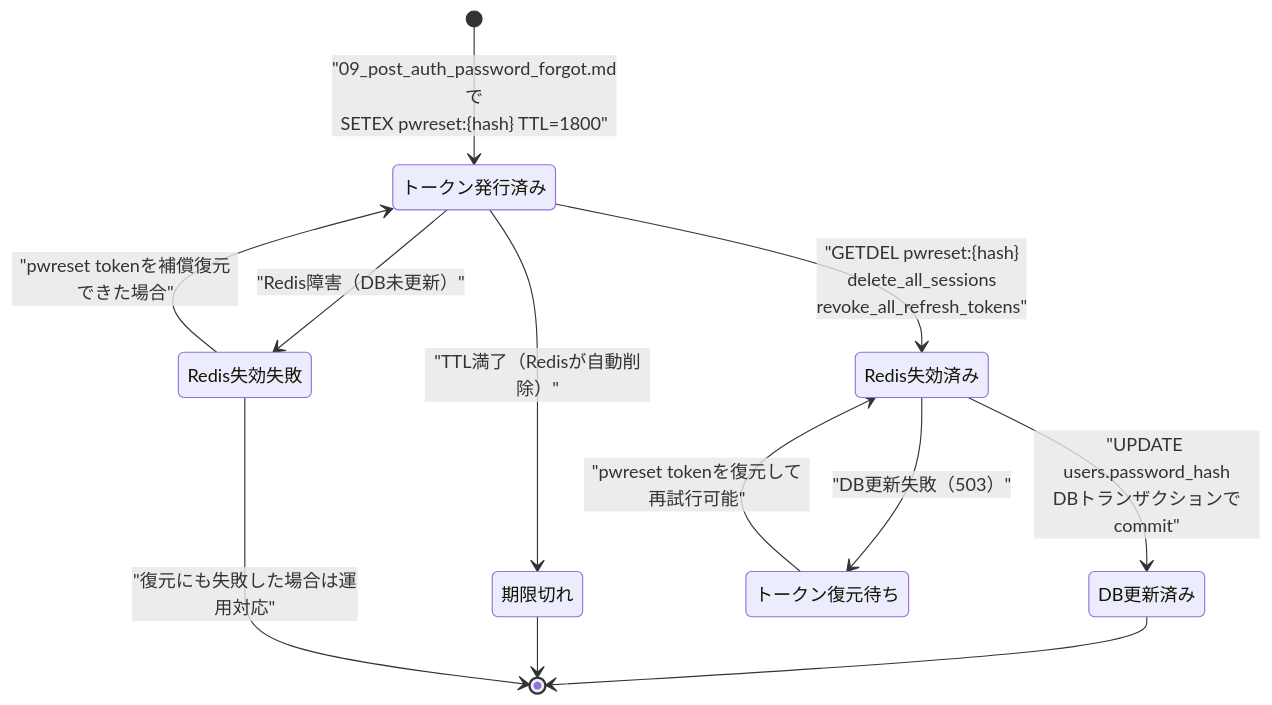
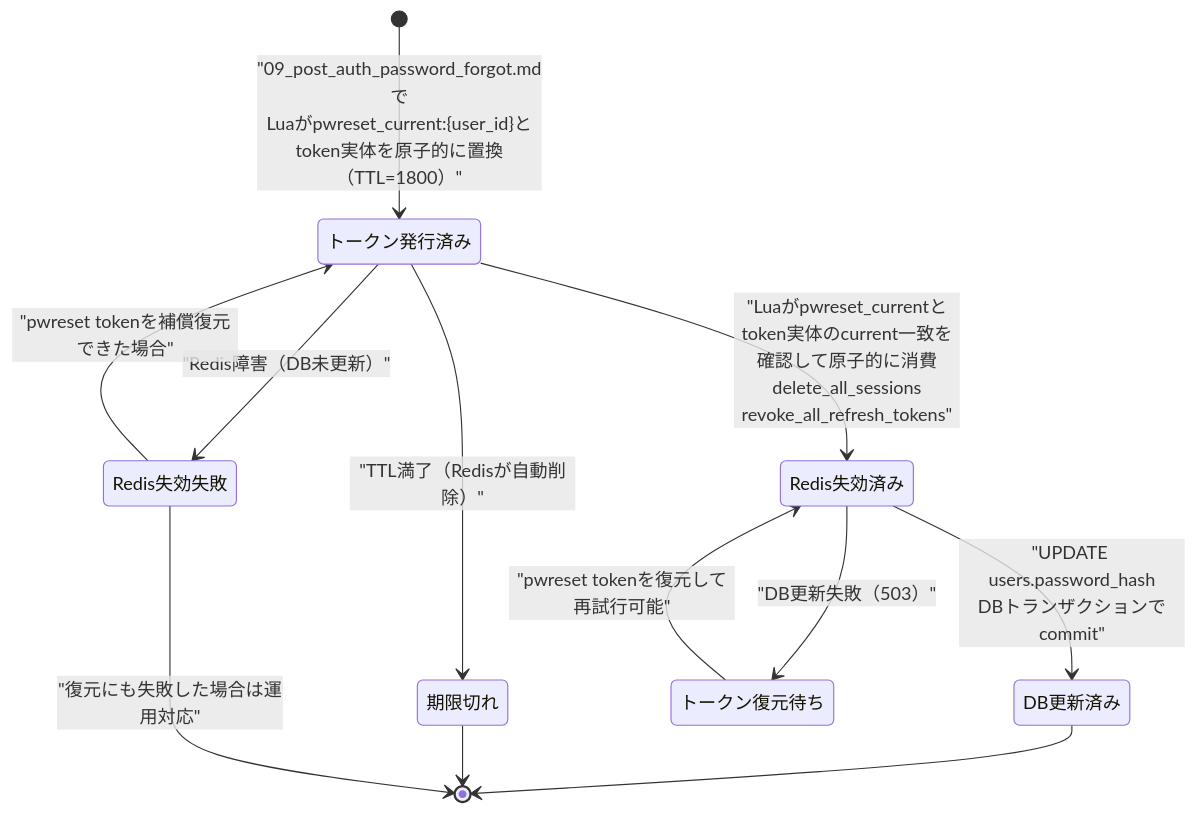
Before and after one commit to oikawa-d/task_management: the fourth of 4 diagrams in docs/detailed_design/api/auth/10_post_auth_password_reset.md, drawn with Mermaid. The commit also changed 2 other files, not shown here.

Commit message:
docs: PR517ラウンド6の設計記載を整合

````diff
--- a/docs/detailed_design/api/auth/10_post_auth_password_reset.md
+++ b/docs/detailed_design/api/auth/10_post_auth_password_reset.md
@@ -256,14 +256,14 @@
 ```mermaid
 stateDiagram-v2
-    [*] --> トークン発行済み: "09_post_auth_password_forgot.mdで<br/>SETEX pwreset:{hash} TTL=1800"
-    トークン発行済み --> Redis失効済み: "GETDEL pwreset:{hash}<br/>delete_all_sessions<br/>revoke_all_refresh_tokens"
+    [*] --> トークン発行済み: "09_post_auth_password_forgot.mdで<br/>Luaがpwreset_current:{user_id}とtoken実体を原子的に置換（TTL=1800）"
+    トークン発行済み --> Redis失効済み: "Luaがpwreset_currentとtoken実体のcurrent一致を確認して原子的に消費<br/>delete_all_sessions<br/>revoke_all_refresh_tokens"
     トークン発行済み --> Redis失効失敗: "Redis障害（DB未更新）"
     Redis失効失敗 --> トークン発行済み: "pwreset tokenを補償復元できた場合"
     トークン発行済み --> 期限切れ: "TTL満了（Redisが自動削除）"
     Redis失効済み --> DB更新済み: "UPDATE users.password_hash<br/>DBトランザクションでcommit"
     Redis失効済み --> トークン復元待ち: "DB更新失敗（503）"
     トークン復元待ち --> Redis失効済み: "pwreset tokenを復元して再試行可能"
     DB更新済み --> [*]
     期限切れ --> [*]
     Redis失効失敗 --> [*]: "復元にも失敗した場合は運用対応"
 ```
````
